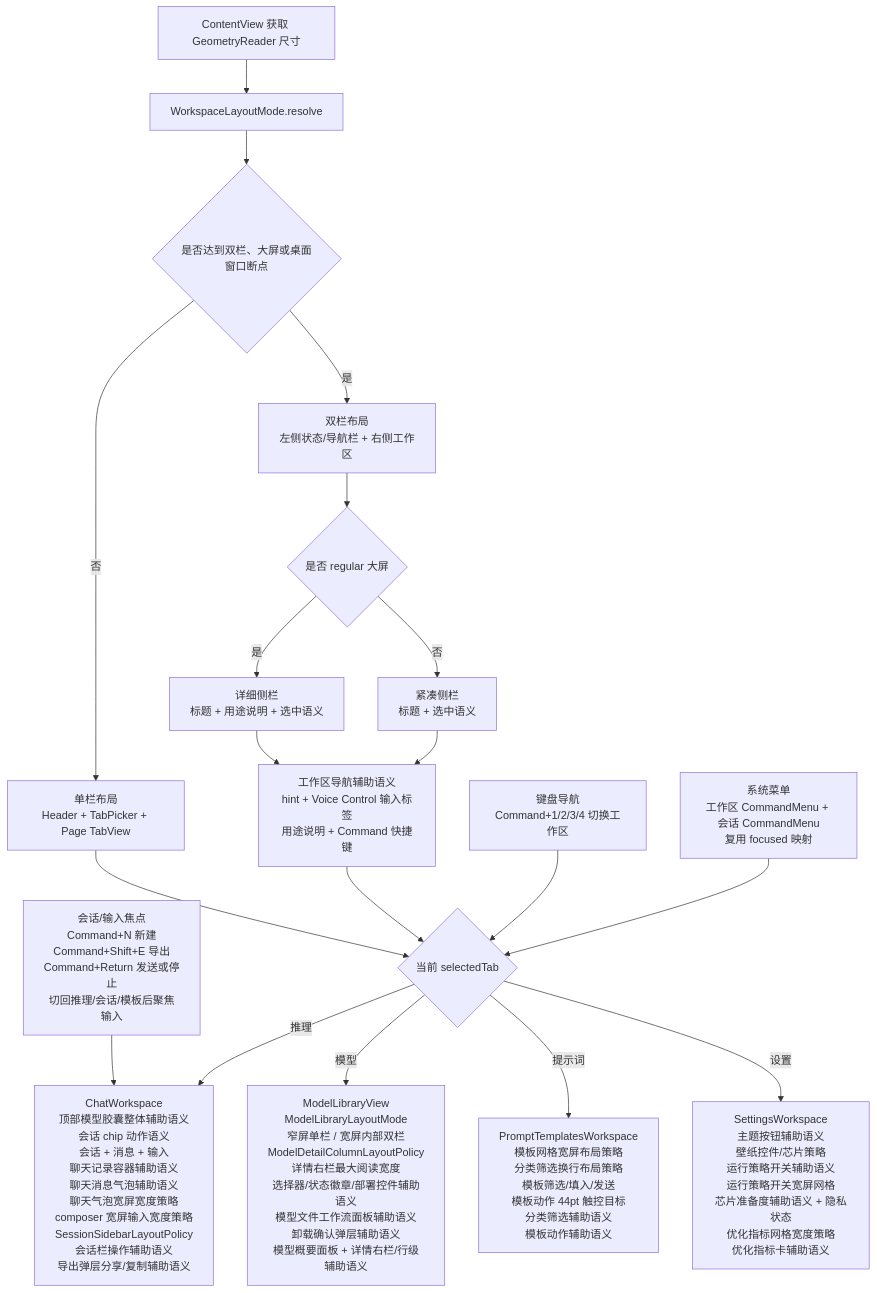
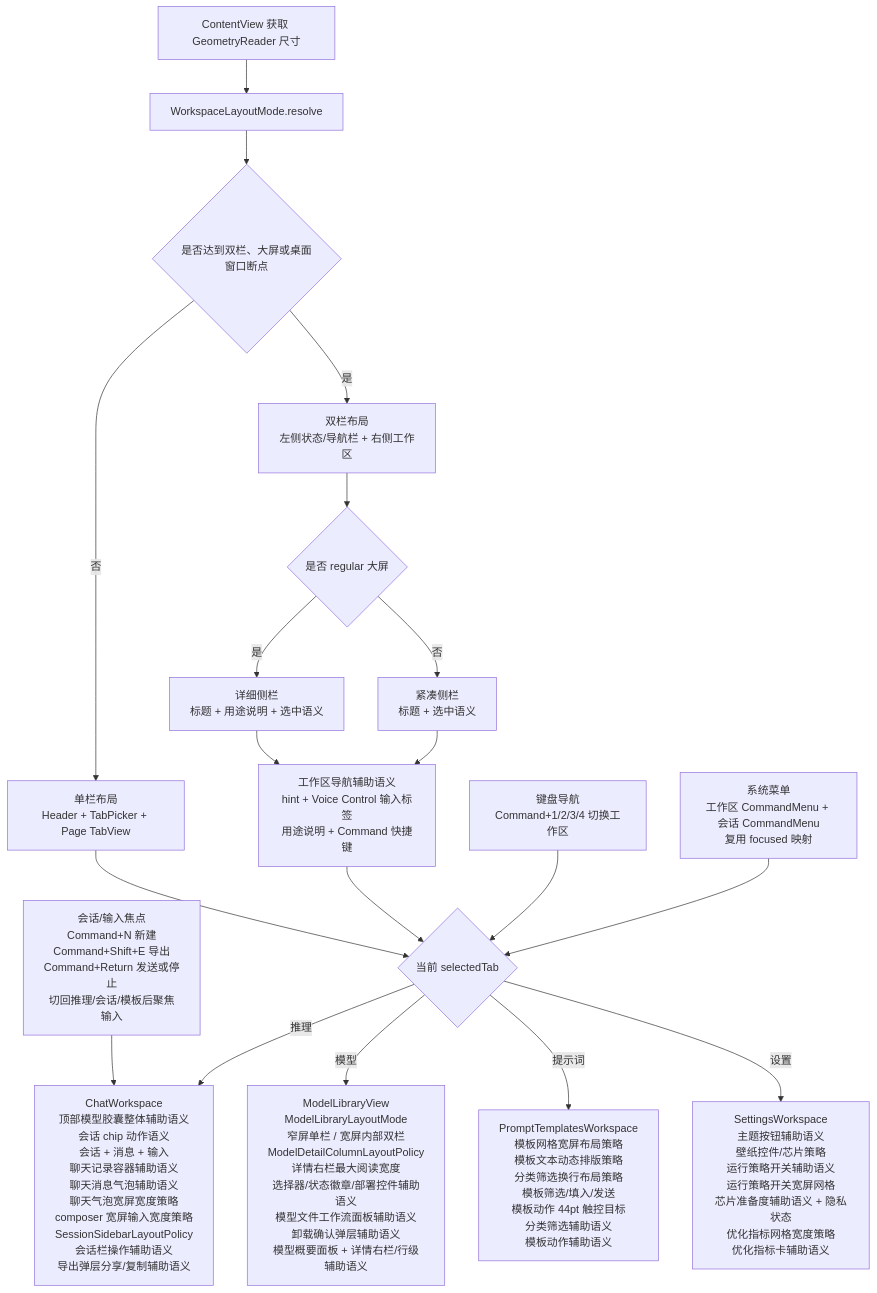
The fifth of 10 diagrams in md/flow/flowchart.md (Altman-sam114/113), drawn with Mermaid before and after one commit. The commit also changed other lines of this file and 8 other files, not shown here.

````diff
--- a/md/flow/flowchart.md
+++ b/md/flow/flowchart.md
@@ -84,21 +84,21 @@
 ```mermaid
 flowchart TD
     A[ContentView 获取 GeometryReader 尺寸] --> B[WorkspaceLayoutMode.resolve]
     B --> C{是否达到双栏、大屏或桌面窗口断点}
     C -- 否 --> D[单栏布局<br/>Header + TabPicker + Page TabView]
     C -- 是 --> E[双栏布局<br/>左侧状态/导航栏 + 右侧工作区]
     E --> N{是否 regular 大屏}
     N -- 是 --> O[详细侧栏<br/>标题 + 用途说明 + 选中语义]
     N -- 否 --> P[紧凑侧栏<br/>标题 + 选中语义]
     D --> F{当前 selectedTab}
     O --> X[工作区导航辅助语义<br/>hint + Voice Control 输入标签<br/>用途说明 + Command 快捷键]
     P --> X
     X --> F
     K[键盘导航<br/>Command+1/2/3/4 切换工作区] --> F
     M[系统菜单<br/>工作区 CommandMenu + 会话 CommandMenu<br/>复用 focused 映射] --> F
     L[会话/输入焦点<br/>Command+N 新建<br/>Command+Shift+E 导出<br/>Command+Return 发送或停止<br/>切回推理/会话/模板后聚焦输入] --> G
     F -- 推理 --> G[ChatWorkspace<br/>顶部模型胶囊整体辅助语义<br/>会话 chip 动作语义<br/>会话 + 消息 + 输入<br/>聊天记录容器辅助语义<br/>聊天消息气泡辅助语义<br/>聊天气泡宽屏宽度策略<br/>composer 宽屏输入宽度策略<br/>SessionSidebarLayoutPolicy<br/>会话栏操作辅助语义<br/>导出弹层分享/复制辅助语义]
     F -- 模型 --> H[ModelLibraryView<br/>ModelLibraryLayoutMode<br/>窄屏单栏 / 宽屏内部双栏<br/>ModelDetailColumnLayoutPolicy<br/>详情右栏最大阅读宽度<br/>选择器/状态徽章/部署控件辅助语义<br/>模型文件工作流面板辅助语义<br/>卸载确认弹层辅助语义<br/>模型概要面板 + 详情右栏/行级辅助语义]
-    F -- 提示词 --> I[PromptTemplatesWorkspace<br/>模板网格宽屏布局策略<br/>分类筛选换行布局策略<br/>模板筛选/填入/发送<br/>模板动作 44pt 触控目标<br/>分类筛选辅助语义<br/>模板动作辅助语义]
+    F -- 提示词 --> I[PromptTemplatesWorkspace<br/>模板网格宽屏布局策略<br/>模板文本动态排版策略<br/>分类筛选换行布局策略<br/>模板筛选/填入/发送<br/>模板动作 44pt 触控目标<br/>分类筛选辅助语义<br/>模板动作辅助语义]
     F -- 设置 --> J[SettingsWorkspace<br/>主题按钮辅助语义<br/>壁纸控件/芯片策略<br/>运行策略开关辅助语义<br/>运行策略开关宽屏网格<br/>芯片准备度辅助语义 + 隐私状态<br/>优化指标网格宽度策略<br/>优化指标卡辅助语义]
 ```
````
